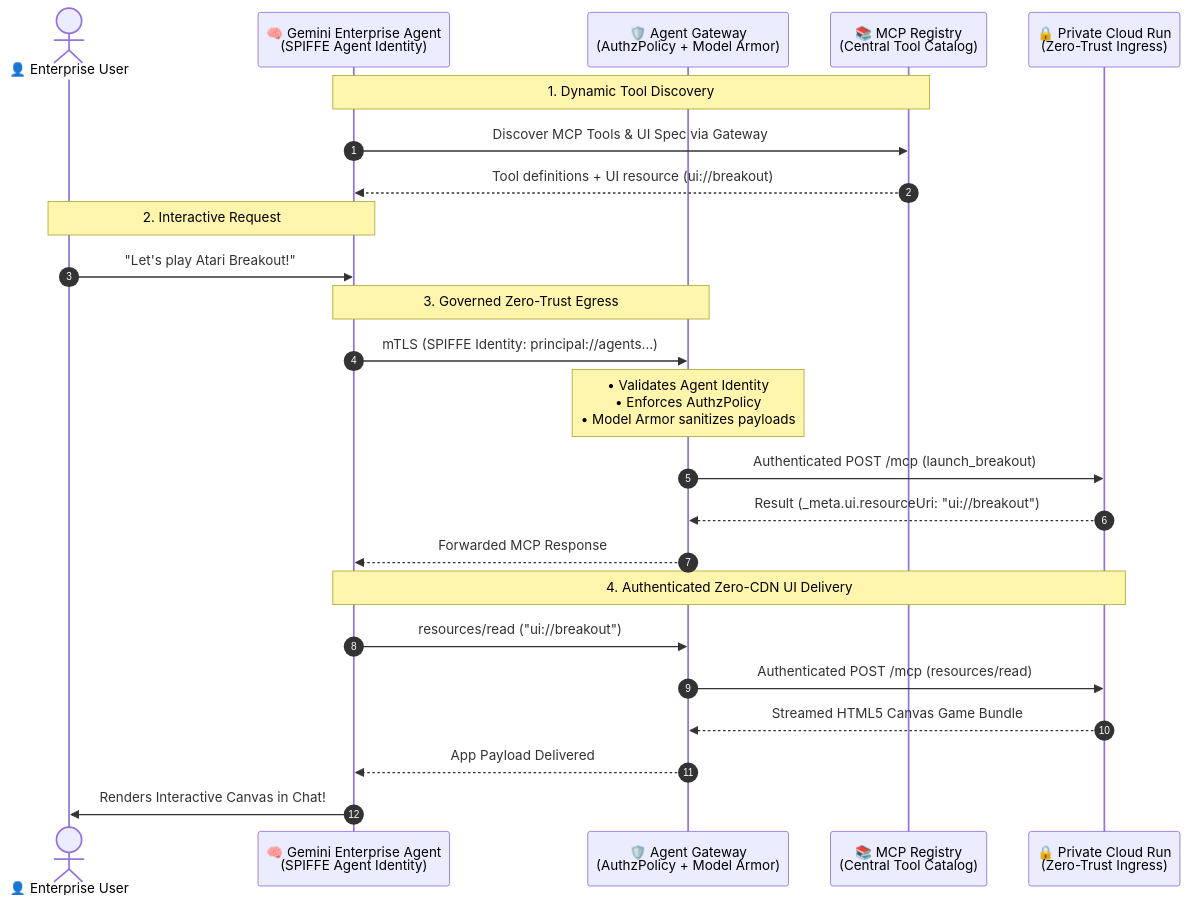
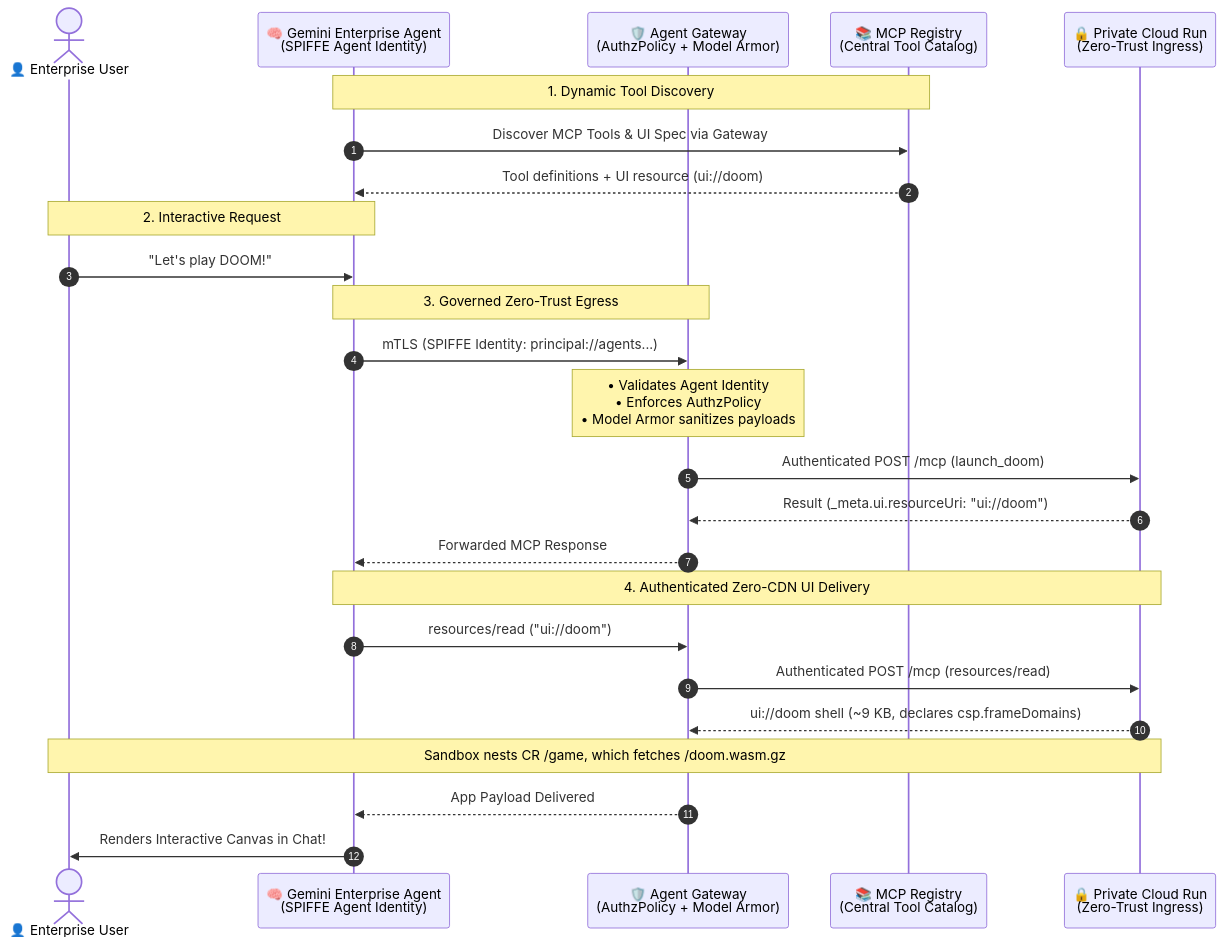
Before and after one commit to spaulds/mcp-app-breakout-ge: the diagram in docs/GEAP_ENTERPRISE_SETUP.md, drawn with Mermaid. The commit also changed other lines of this file and 3 other files, not shown here.

First line of the commit message:
docs: describe the DOOM MCP App, the shell/nested-frame architecture and licensing

````diff
--- a/docs/GEAP_ENTERPRISE_SETUP.md
+++ b/docs/GEAP_ENTERPRISE_SETUP.md
@@ -15,30 +15,31 @@
 ```mermaid
 sequenceDiagram
     autonumber
     actor User as 👤 Enterprise User
     participant GE as 🧠 Gemini Enterprise Agent<br/>(SPIFFE Agent Identity)
     participant AGW as 🛡️ Agent Gateway<br/>(AuthzPolicy + Model Armor)
     participant REG as 📚 MCP Registry<br/>(Central Tool Catalog)
     participant CR as 🔒 Private Cloud Run<br/>(Zero-Trust Ingress)
 
     Note over GE,REG: 1. Dynamic Tool Discovery
     GE->>REG: Discover MCP Tools & UI Spec via Gateway
-    REG-->>GE: Tool definitions + UI resource (ui://breakout)
+    REG-->>GE: Tool definitions + UI resource (ui://doom)
 
     Note over User,GE: 2. Interactive Request
-    User->>GE: "Let's play Atari Breakout!"
+    User->>GE: "Let's play DOOM!"
 
     Note over GE,AGW: 3. Governed Zero-Trust Egress
     GE->>AGW: mTLS (SPIFFE Identity: principal://agents...)
     Note over AGW: • Validates Agent Identity<br/>• Enforces AuthzPolicy<br/>• Model Armor sanitizes payloads
-    AGW->>CR: Authenticated POST /mcp (launch_breakout)
-    CR-->>AGW: Result (_meta.ui.resourceUri: "ui://breakout")
+    AGW->>CR: Authenticated POST /mcp (launch_doom)
+    CR-->>AGW: Result (_meta.ui.resourceUri: "ui://doom")
     AGW-->>GE: Forwarded MCP Response
 
     Note over GE,CR: 4. Authenticated Zero-CDN UI Delivery
-    GE->>AGW: resources/read ("ui://breakout")
+    GE->>AGW: resources/read ("ui://doom")
     AGW->>CR: Authenticated POST /mcp (resources/read)
-    CR-->>AGW: Streamed HTML5 Canvas Game Bundle
+    CR-->>AGW: ui://doom shell (~9 KB, declares csp.frameDomains)
+    Note over User,CR: Sandbox nests CR /game, which fetches /doom.wasm.gz
     AGW-->>GE: App Payload Delivered
     GE->>User: Renders Interactive Canvas in Chat!
 ```
````
